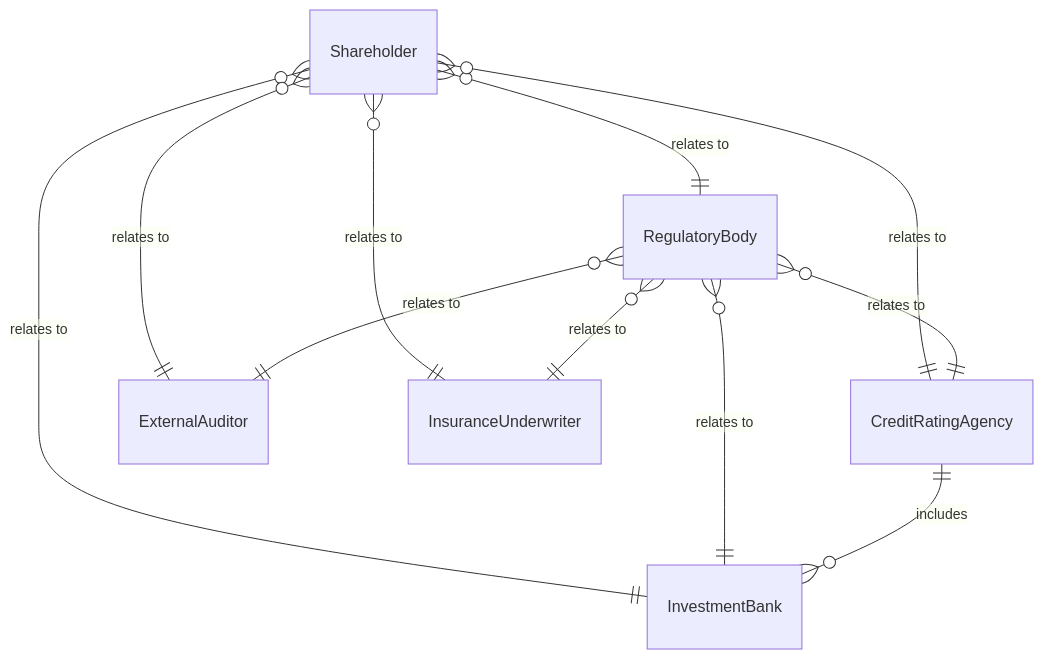
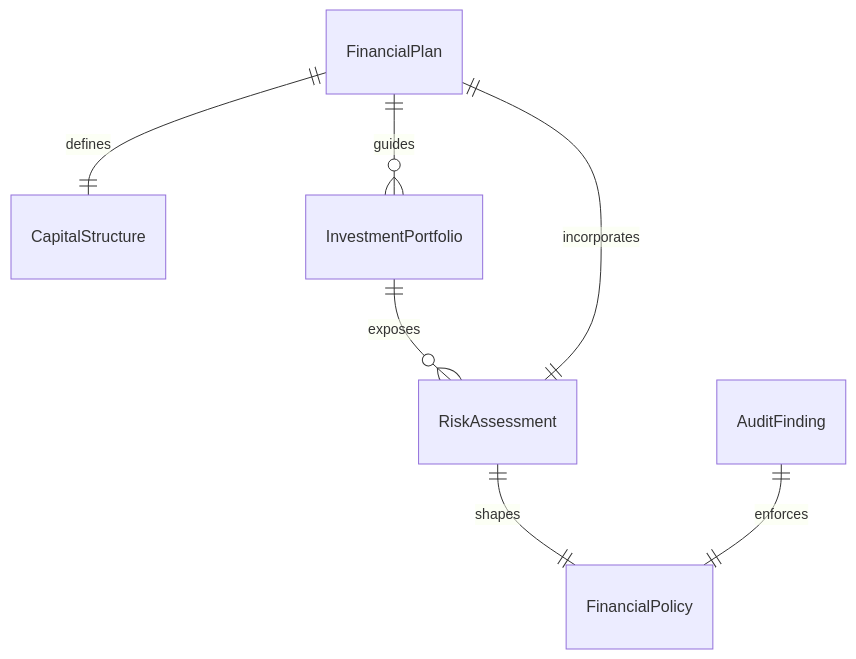
The first of 4 diagrams in GuidingDirectingAndMotivatingSubordinates/ManageBudgetsOrFinances/ManageFinancialActivitiesOrganization.mdx (dot-org-ai/tasks.org.ai), drawn with Mermaid before and after one commit. The commit also changed other lines of this file and 515 other files, not shown here.

````diff
--- a/GuidingDirectingAndMotivatingSubordinates/ManageBudgetsOrFinances/ManageFinancialActivitiesOrganization.mdx
+++ b/GuidingDirectingAndMotivatingSubordinates/ManageBudgetsOrFinances/ManageFinancialActivitiesOrganization.mdx
@@ -89,13 +89,9 @@
 ```mermaid
 erDiagram
-    Shareholder }o--|| RegulatoryBody : "relates to"
-    Shareholder }o--|| CreditRatingAgency : "relates to"
-    Shareholder }o--|| InvestmentBank : "relates to"
-    Shareholder }o--|| ExternalAuditor : "relates to"
-    Shareholder }o--|| InsuranceUnderwriter : "relates to"
-    RegulatoryBody }o--|| CreditRatingAgency : "relates to"
-    RegulatoryBody }o--|| InvestmentBank : "relates to"
-    RegulatoryBody }o--|| ExternalAuditor : "relates to"
-    RegulatoryBody }o--|| InsuranceUnderwriter : "relates to"
-    CreditRatingAgency ||--o{ InvestmentBank : includes
+    FinancialPlan ||--|| CapitalStructure : "defines"
+    FinancialPlan ||--o{ InvestmentPortfolio : "guides"
+    RiskAssessment ||--|| FinancialPolicy : "shapes"
+    InvestmentPortfolio ||--o{ RiskAssessment : "exposes"
+    AuditFinding ||--|| FinancialPolicy : "enforces"
+    FinancialPlan ||--|| RiskAssessment : "incorporates"
 ```
````
